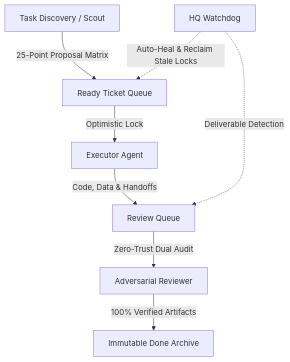
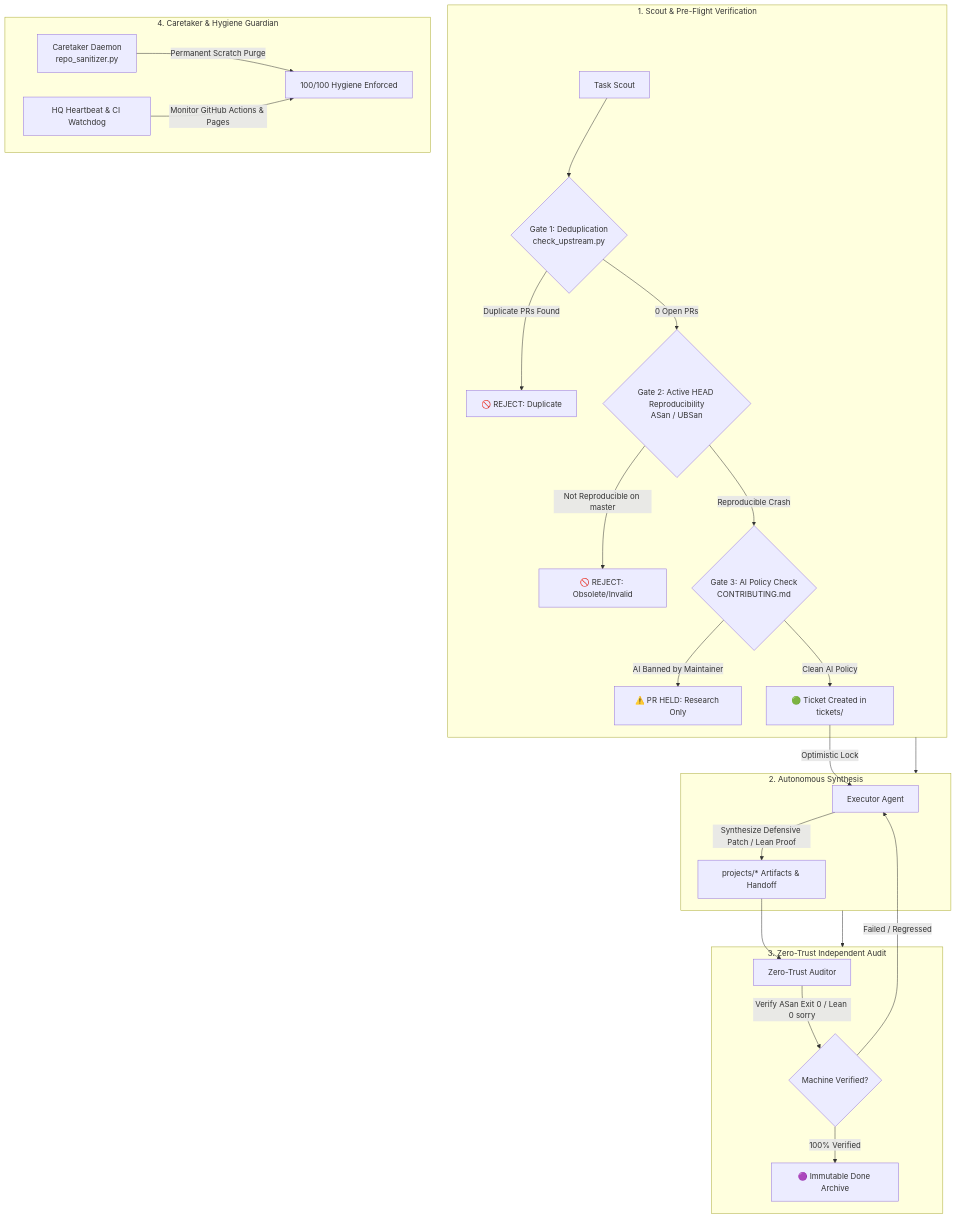
One commit to jacob-haddon/burn-tokens changed the diagram in README.md. Above: the diagram before and after it, drawn with Mermaid. The commit also changed other lines of this file and 9 other files, not shown here.

Commit message:
feat(sentinel): add verified brotli CLI stack overflow fix (T-0051) & update swarm architecture in README

````diff
--- a/README.md
+++ b/README.md
@@ -17,10 +18,32 @@
 ```mermaid
-graph TD
-    A[Task Discovery / Scout] -->|25-Point Proposal Matrix| B[Ready Ticket Queue]
-    B -->|Optimistic Lock| C[Executor Agent]
-    C -->|Code, Data & Handoffs| D[Review Queue]
-    D -->|Zero-Trust Dual Audit| E[Adversarial Reviewer]
-    E -->|100% Verified Artifacts| F[Immutable Done Archive]
-    G[HQ Watchdog] -.->|Auto-Heal & Reclaim Stale Locks| B
-    G -.->|Deliverable Detection| D
+flowchart TD
+    subgraph Discovery["1. Scout & Pre-Flight Verification"]
+        S[Task Scout] --> G1{Gate 1: Deduplication<br/>check_upstream.py}
+        G1 -->|Duplicate PRs Found| REJ1[🚫 REJECT: Duplicate]
+        G1 -->|0 Open PRs| G2{Gate 2: Active HEAD Reproducibility<br/>ASan / UBSan}
+        G2 -->|Not Reproducible on master| REJ2[🚫 REJECT: Obsolete/Invalid]
+        G2 -->|Reproducible Crash| G3{Gate 3: AI Policy Check<br/>CONTRIBUTING.md}
+        G3 -->|AI Banned by Maintainer| HELD[⚠️ PR HELD: Research Only]
+        G3 -->|Clean AI Policy| T[🟢 Ticket Created in tickets/]
+    end
+
+    subgraph Execution["2. Autonomous Synthesis"]
+        T -->|Optimistic Lock| E[Executor Agent]
+        E -->|Synthesize Defensive Patch / Lean Proof| D[projects/* Artifacts & Handoff]
+    end
+
+    subgraph Review["3. Zero-Trust Independent Audit"]
+        D --> A[Zero-Trust Auditor]
+        A -->|Verify ASan Exit 0 / Lean 0 sorry| V{Machine Verified?}
+        V -->|Failed / Regressed| E
+        V -->|100% Verified| OK[🟣 Immutable Done Archive]
+    end
+
+    subgraph Caretaker["4. Caretaker & Hygiene Guardian"]
+        C[Caretaker Daemon<br/>repo_sanitizer.py] -->|Permanent Scratch Purge| CHK[100/100 Hygiene Enforced]
+        HQ[HQ Heartbeat & CI Watchdog] -->|Monitor GitHub Actions & Pages| CHK
+    end
+
+    Discovery --> Execution
+    Execution --> Review
 ```
````
